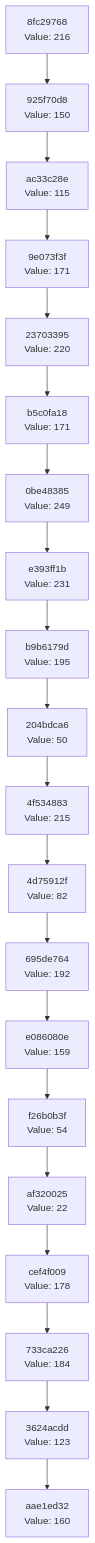
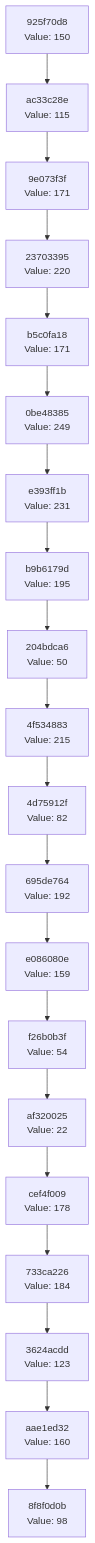
The diagram in docs/CHAIN_VISUALIZATION.md (Abhisheksinha1506/hash-chain-evolver), drawn with Mermaid before and after one commit. The commit also changed 2 other files, not shown here.

Commit message:
Evolution step: hash 0x62 → action executed

````diff
--- a/docs/CHAIN_VISUALIZATION.md
+++ b/docs/CHAIN_VISUALIZATION.md
@@ -3,42 +3,42 @@
 ```mermaid
 graph TD
-    C0["aae1ed32<br/>Value: 160"]
-    C1["3624acdd<br/>Value: 123"]
+    C0["8f8f0d0b<br/>Value: 98"]
+    C1["aae1ed32<br/>Value: 160"]
     C1 --> C0
-    C2["733ca226<br/>Value: 184"]
+    C2["3624acdd<br/>Value: 123"]
     C2 --> C1
-    C3["cef4f009<br/>Value: 178"]
+    C3["733ca226<br/>Value: 184"]
     C3 --> C2
-    C4["af320025<br/>Value: 22"]
+    C4["cef4f009<br/>Value: 178"]
     C4 --> C3
-    C5["f26b0b3f<br/>Value: 54"]
+    C5["af320025<br/>Value: 22"]
     C5 --> C4
-    C6["e086080e<br/>Value: 159"]
+    C6["f26b0b3f<br/>Value: 54"]
     C6 --> C5
-    C7["695de764<br/>Value: 192"]
+    C7["e086080e<br/>Value: 159"]
     C7 --> C6
-    C8["4d75912f<br/>Value: 82"]
+    C8["695de764<br/>Value: 192"]
     C8 --> C7
-    C9["4f534883<br/>Value: 215"]
+    C9["4d75912f<br/>Value: 82"]
     C9 --> C8
-    C10["204bdca6<br/>Value: 50"]
+    C10["4f534883<br/>Value: 215"]
     C10 --> C9
-    C11["b9b6179d<br/>Value: 195"]
+    C11["204bdca6<br/>Value: 50"]
     C11 --> C10
-    C12["e393ff1b<br/>Value: 231"]
+    C12["b9b6179d<br/>Value: 195"]
     C12 --> C11
-    C13["0be48385<br/>Value: 249"]
+    C13["e393ff1b<br/>Value: 231"]
     C13 --> C12
-    C14["b5c0fa18<br/>Value: 171"]
+    C14["0be48385<br/>Value: 249"]
     C14 --> C13
-    C15["23703395<br/>Value: 220"]
+    C15["b5c0fa18<br/>Value: 171"]
     C15 --> C14
-    C16["9e073f3f<br/>Value: 171"]
+    C16["23703395<br/>Value: 220"]
     C16 --> C15
-    C17["ac33c28e<br/>Value: 115"]
+    C17["9e073f3f<br/>Value: 171"]
     C17 --> C16
-    C18["925f70d8<br/>Value: 150"]
+    C18["ac33c28e<br/>Value: 115"]
     C18 --> C17
-    C19["8fc29768<br/>Value: 216"]
+    C19["925f70d8<br/>Value: 150"]
     C19 --> C18
 ```
````
